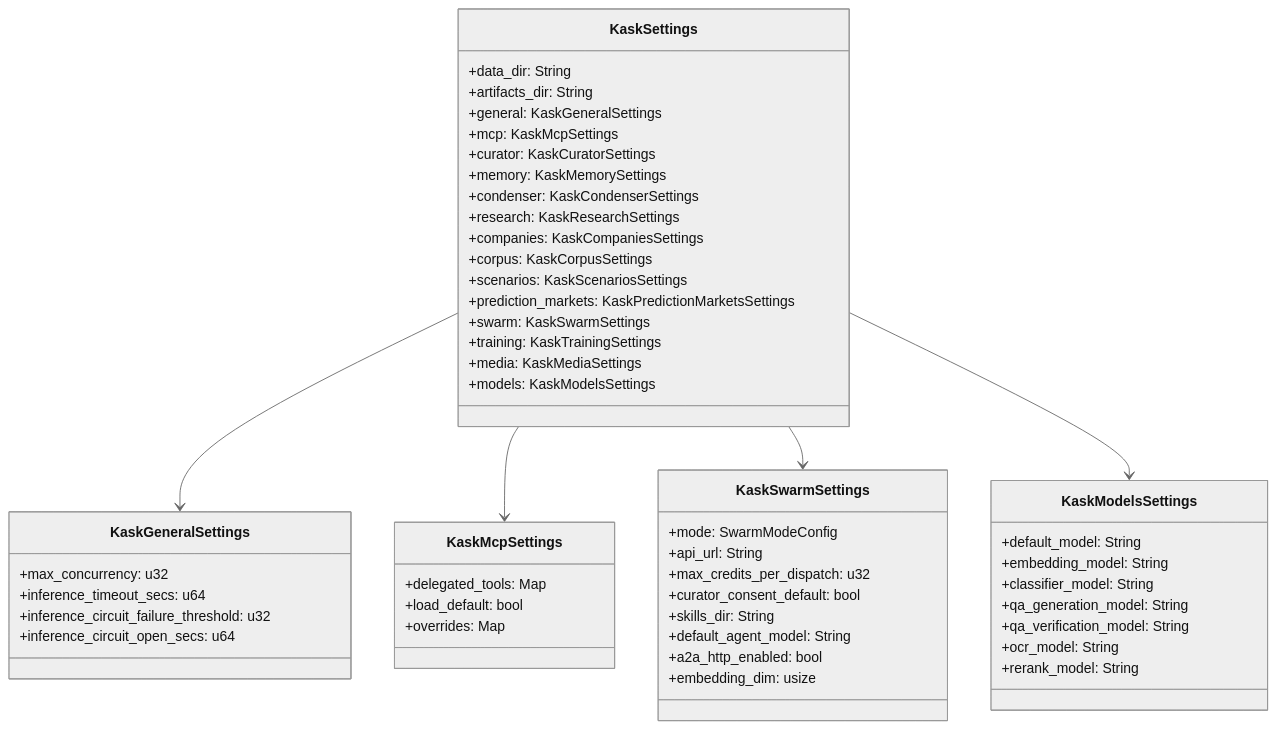
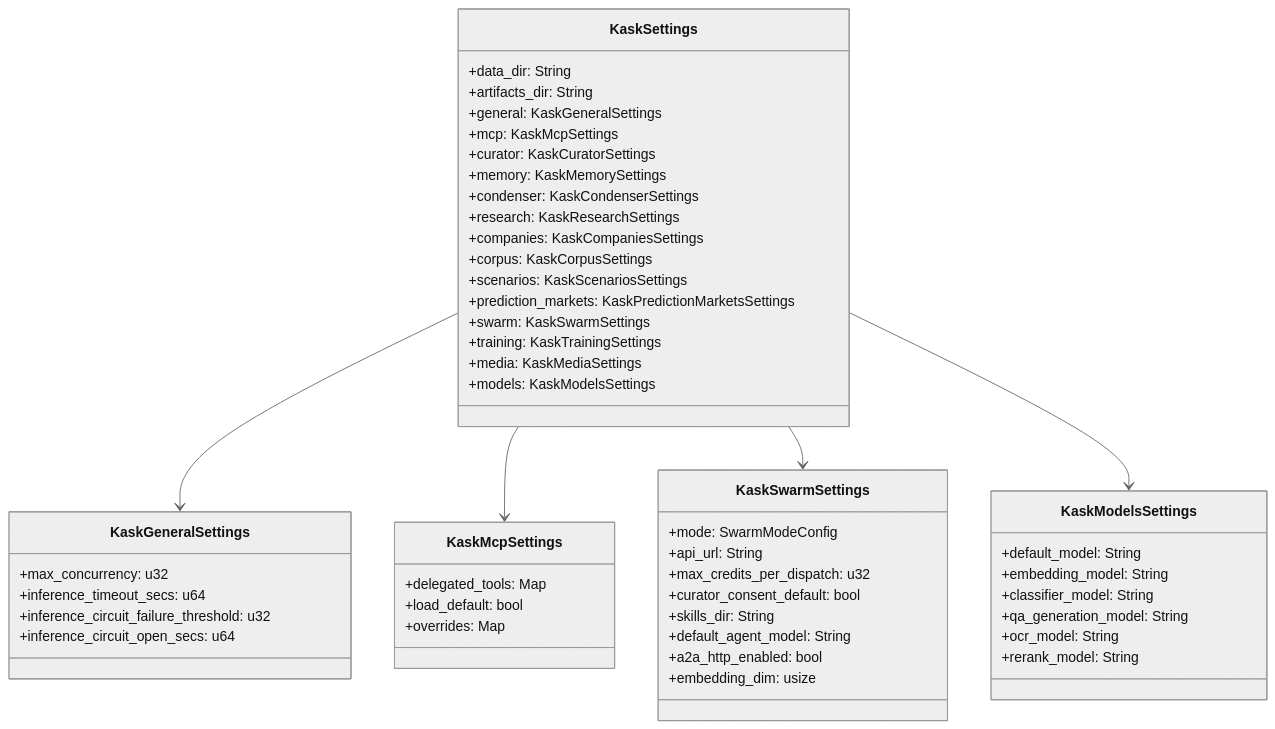
One commit to mdz-axo/zed-kask changed the first of 2 diagrams in kask/docs/diataxis/kask_bridge/reference.md. Above: the diagram before and after it, drawn with Mermaid (neutral theme). The commit also changed 10 other files, not shown here.

````diff
--- a/kask/docs/diataxis/kask_bridge/reference.md
+++ b/kask/docs/diataxis/kask_bridge/reference.md
@@ -42,55 +42,54 @@
 ```mermaid
 classDiagram
     class KaskSettings {
         +data_dir: String
         +artifacts_dir: String
         +general: KaskGeneralSettings
         +mcp: KaskMcpSettings
         +curator: KaskCuratorSettings
         +memory: KaskMemorySettings
         +condenser: KaskCondenserSettings
         +research: KaskResearchSettings
         +companies: KaskCompaniesSettings
         +corpus: KaskCorpusSettings
         +scenarios: KaskScenariosSettings
         +prediction_markets: KaskPredictionMarketsSettings
         +swarm: KaskSwarmSettings
         +training: KaskTrainingSettings
         +media: KaskMediaSettings
         +models: KaskModelsSettings
     }
     class KaskGeneralSettings {
         +max_concurrency: u32
         +inference_timeout_secs: u64
         +inference_circuit_failure_threshold: u32
         +inference_circuit_open_secs: u64
     }
     class KaskMcpSettings {
         +delegated_tools: Map
         +load_default: bool
         +overrides: Map
     }
     class KaskSwarmSettings {
         +mode: SwarmModeConfig
         +api_url: String
         +max_credits_per_dispatch: u32
         +curator_consent_default: bool
         +skills_dir: String
         +default_agent_model: String
         +a2a_http_enabled: bool
         +embedding_dim: usize
     }
     class KaskModelsSettings {
         +default_model: String
         +embedding_model: String
         +classifier_model: String
         +qa_generation_model: String
-        +qa_verification_model: String
         +ocr_model: String
         +rerank_model: String
     }
     KaskSettings --> KaskGeneralSettings
     KaskSettings --> KaskMcpSettings
     KaskSettings --> KaskSwarmSettings
     KaskSettings --> KaskModelsSettings
 ```
````
